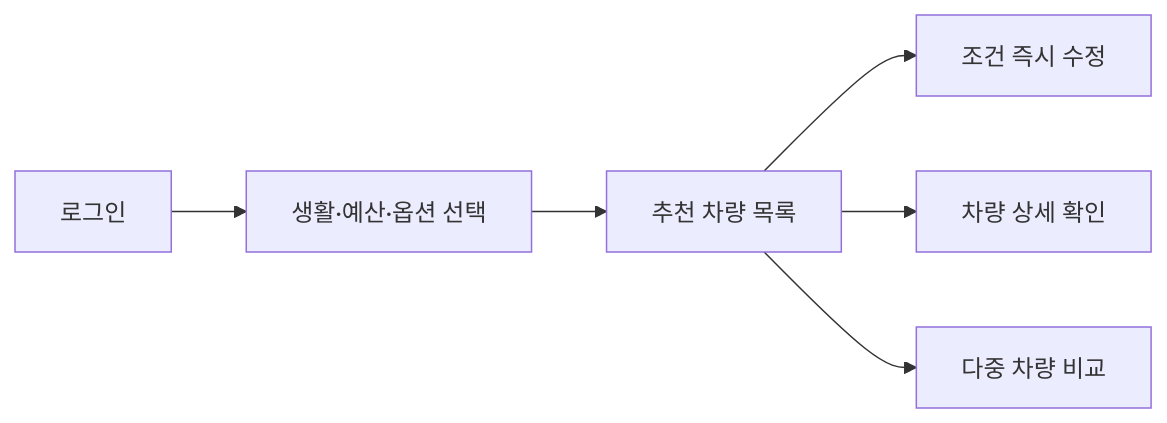
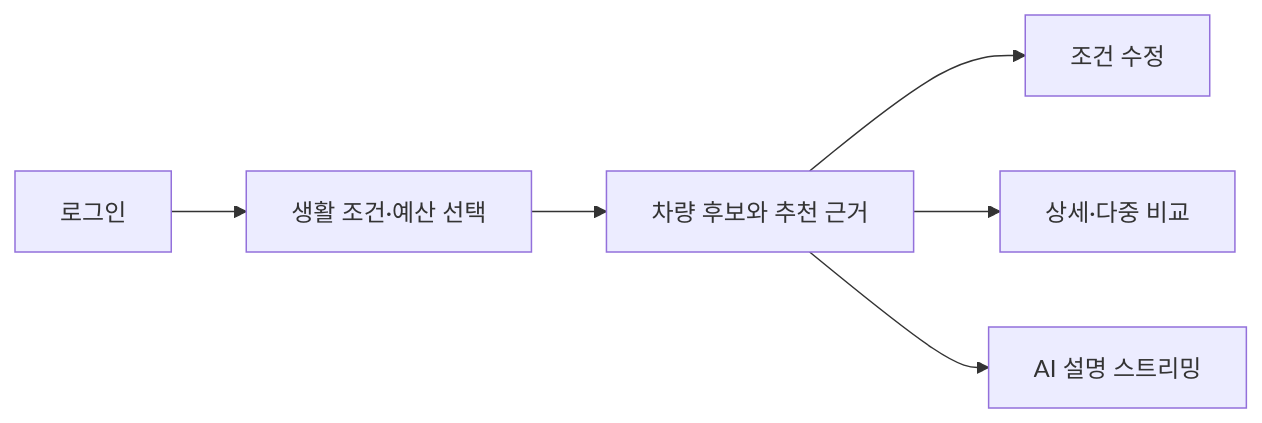
One commit to chaechae001/Mobility-Choice-Service changed the diagram in README.md. Above: the diagram before and after it, drawn with Mermaid. The commit also changed other lines of this file and 6 other files, not shown here.

````diff
--- a/README.md
+++ b/README.md
@@ -63,8 +13,8 @@
 ```mermaid
 flowchart LR
-    A["로그인"] --> B["생활·예산·옵션 선택"]
-    B --> C["추천 차량 목록"]
-    C --> D["조건 즉시 수정"]
-    C --> E["차량 상세 확인"]
-    C --> F["다중 차량 비교"]
+    A[로그인] --> B[생활 조건·예산 선택]
+    B --> C[차량 후보와 추천 근거]
+    C --> D[조건 수정]
+    C --> E[상세·다중 비교]
+    C --> F[AI 설명 스트리밍]
 ```
````
